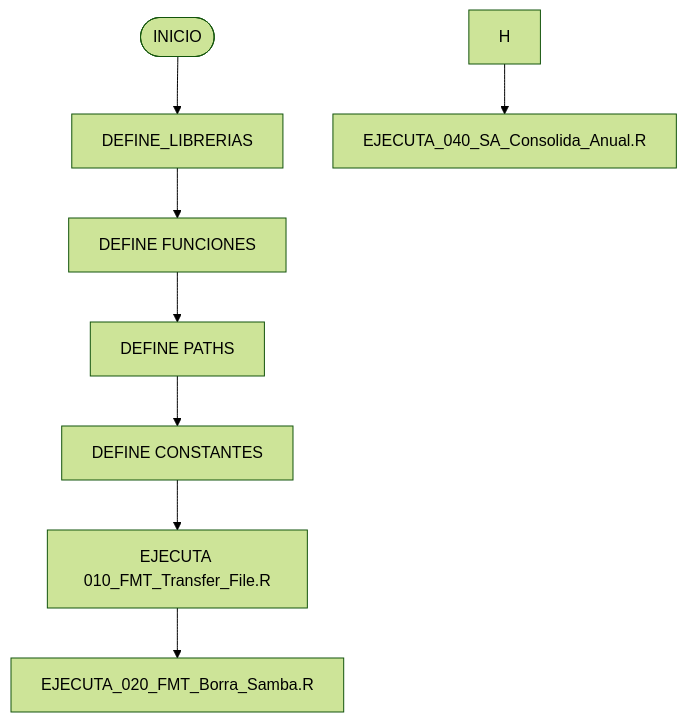
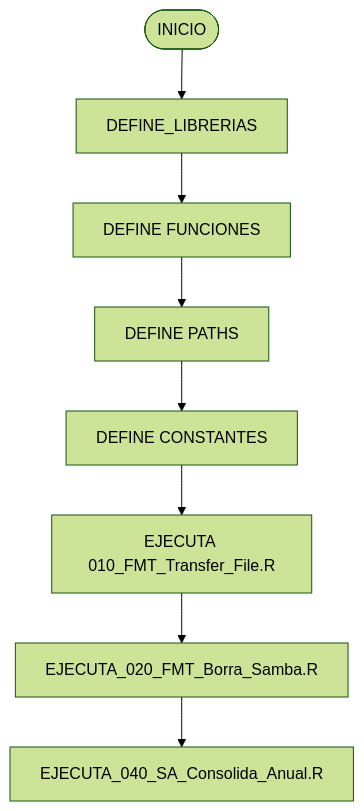
The second of 3 diagrams in README.md (Servidor-MX1-Producto/000_FMT_GLOBAL), drawn with Mermaid (forest theme) before and after one commit. The commit also changed other lines of this file, not shown here.

Commit message:
MG: se agrega diagrama de Transfer File

````diff
--- a/README.md
+++ b/README.md
@@ -92,10 +92,10 @@
 ```mermaid
 graph TD
     A([INICIO]) --> B[DEFINE_LIBRERIAS]
     B --> C[DEFINE FUNCIONES]
     C --> D[DEFINE PATHS]
     D --> E[DEFINE CONSTANTES]
     E --> F[EJECUTA 010_FMT_Transfer_File.R]
     F --> G[EJECUTA_020_FMT_Borra_Samba.R]
-    H --> I[EJECUTA_040_SA_Consolida_Anual.R]
+    G --> H[EJECUTA_040_SA_Consolida_Anual.R]
 ```
````
